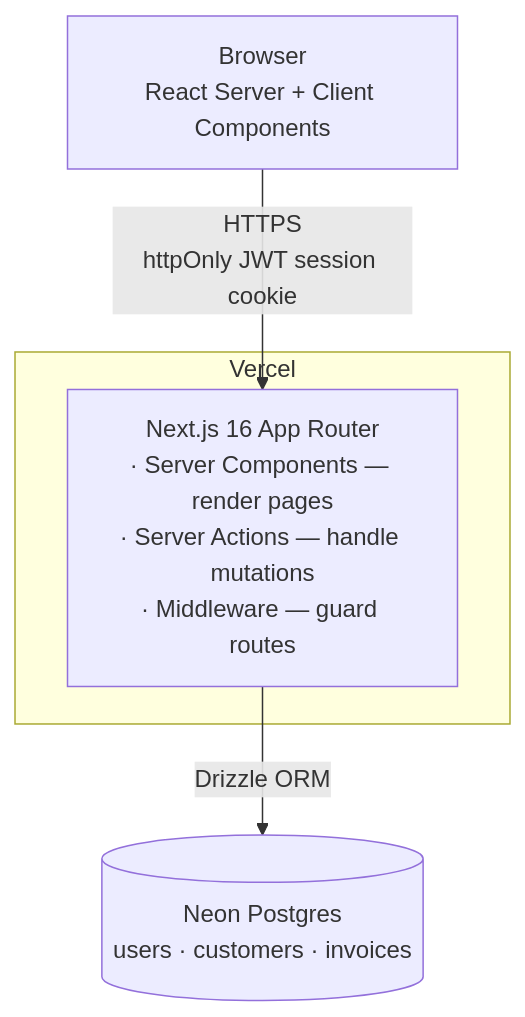
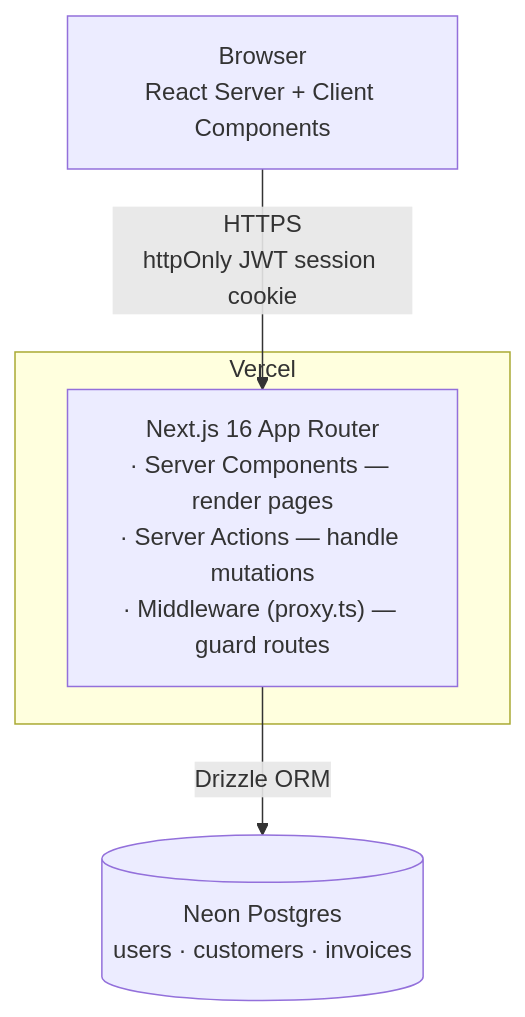
One commit to andrewpetersondev/nextjs-dashboard changed the second of 3 diagrams in docs/diagrams/c4-architecture.md. Above: the diagram before and after it, drawn with Mermaid. The commit also changed 5 other files, not shown here.

First line of the commit message:
docs(diagrams): add error-handling, route-auth, session, and DI diagrams

````diff
--- a/docs/diagrams/c4-architecture.md
+++ b/docs/diagrams/c4-architecture.md
@@ -35,13 +35,13 @@
 ```mermaid
 flowchart TD
     browser["Browser<br/>React Server + Client Components"]
 
     subgraph host["Vercel"]
-        next["Next.js 16 App Router<br/>· Server Components — render pages<br/>· Server Actions — handle mutations<br/>· Middleware — guard routes"]
+        next["Next.js 16 App Router<br/>· Server Components — render pages<br/>· Server Actions — handle mutations<br/>· Middleware (proxy.ts) — guard routes"]
     end
 
     db[("Neon Postgres<br/>users · customers · invoices")]
 
     browser -->|"HTTPS<br/>httpOnly JWT session cookie"| next
     next -->|"Drizzle ORM"| db
 ```
````
